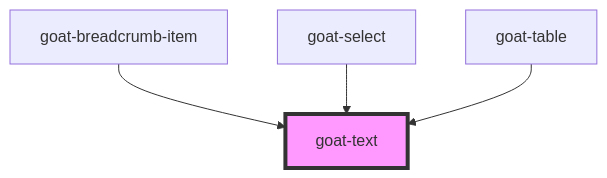
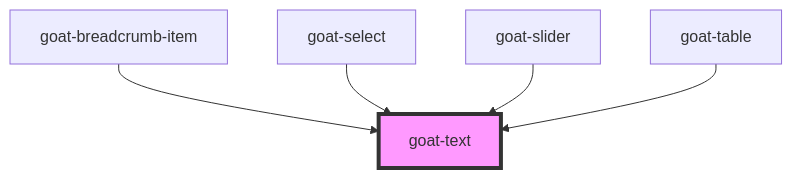
One commit to goatui/components changed the diagram in src/components/general/text/readme.md. Above: the diagram before and after it, drawn with Mermaid. The commit also changed other lines of this file and 9 other files, not shown here.

````diff
--- a/src/components/general/text/readme.md
+++ b/src/components/general/text/readme.md
@@ -27,7 +28,8 @@
 ```mermaid
 graph TD;
   goat-breadcrumb-item --> goat-text
   goat-select --> goat-text
+  goat-slider --> goat-text
   goat-table --> goat-text
   style goat-text fill:#f9f,stroke:#333,stroke-width:4px
 ```
````
